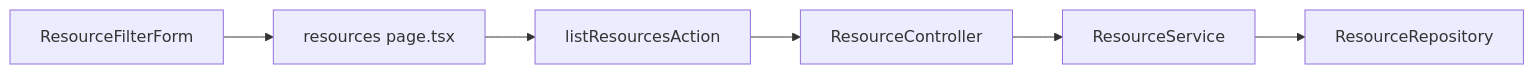
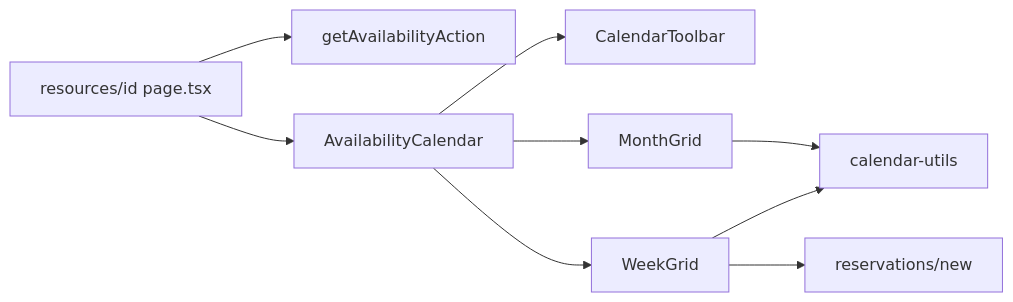
The first of 2 diagrams in Docs/spec/aidlc-docs/inception/plans/execution-plan.md (CHS-Training-Org/ai_training_for_chuo_system), drawn with Mermaid before and after one commit. The commit also changed other lines of this file and 9 other files, not shown here.

````diff
--- a/Docs/spec/aidlc-docs/inception/plans/execution-plan.md
+++ b/Docs/spec/aidlc-docs/inception/plans/execution-plan.md
@@ -19,8 +19,11 @@
 ```mermaid
 flowchart LR
-    Form["ResourceFilterForm"] --> Page["resources page.tsx"]
-    Page --> Action["listResourcesAction"]
-    Action --> Ctrl["ResourceController"]
-    Ctrl --> Svc["ResourceService"]
-    Svc --> Repo["ResourceRepository"]
+    Page["resources/id page.tsx"] --> Action["getAvailabilityAction"]
+    Page --> Cal["AvailabilityCalendar"]
+    Cal --> Toolbar["CalendarToolbar"]
+    Cal --> Week["WeekGrid"]
+    Cal --> Month["MonthGrid"]
+    Week --> Utils["calendar-utils"]
+    Month --> Utils
+    Week --> Form["reservations/new"]
 ```
````
